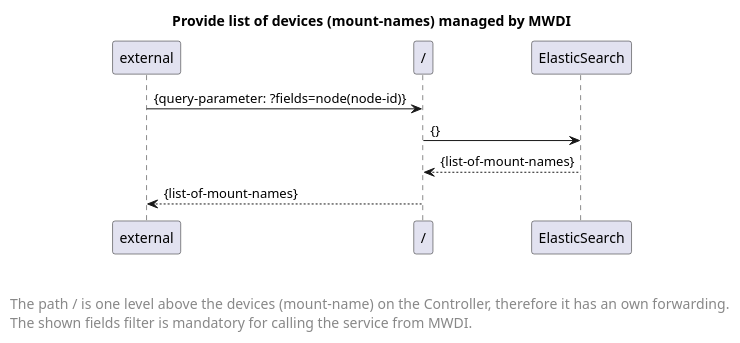
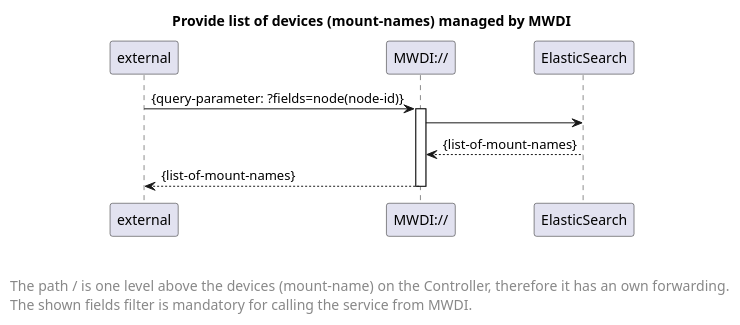
One commit to openBackhaul/MicroWaveDeviceInventory changed the diagram in spec/diagrams/05x_forwardingProvideMountNameList.plantuml. Above: the diagram before and after it, drawn with PlantUML. The commit also changed 6 other files, not shown here.

```diff
--- a/spec/diagrams/05x_forwardingProvideMountNameList.plantuml
+++ b/spec/diagrams/05x_forwardingProvideMountNameList.plantuml
@@ -1,23 +1,30 @@
 @startuml
 skinparam responseMessageBelowArrow true
 
 title Provide list of devices (mount-names) managed by MWDI
 
-"external" -> "/": {query-parameter: ?fields=node(node-id)}
+participant "external" as requestor
+participant "MWDI://" as nodeReq
+participant "ElasticSearch" as es
 
-"/" -> "ElasticSearch": {}
-"ElasticSearch" --> "/" : {list-of-mount-names}
 
-"/" --> "external": {list-of-mount-names}
+requestor-> nodeReq: {query-parameter: ?fields=node(node-id)}
+activate nodeReq
+
+nodeReq -> es
+es --> nodeReq : {list-of-mount-names}
+
+nodeReq --> requestor: {list-of-mount-names}
+deactivate nodeReq
 
 left footer \n\nThe path / is one level above the devices (mount-name) on the Controller, therefore it has an own forwarding. \nThe shown fields filter is mandatory for calling the service from MWDI.
 
 <style>
 footer {
   HorizontalAlignment left
   FontSize 14
 }
 </style>
 
 
 @enduml
```
